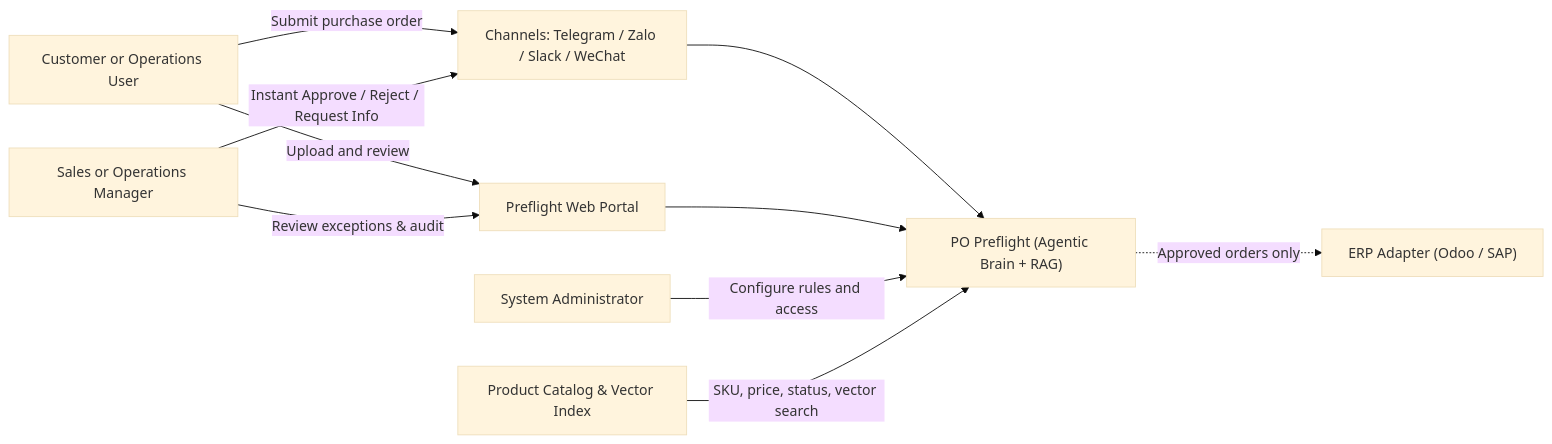
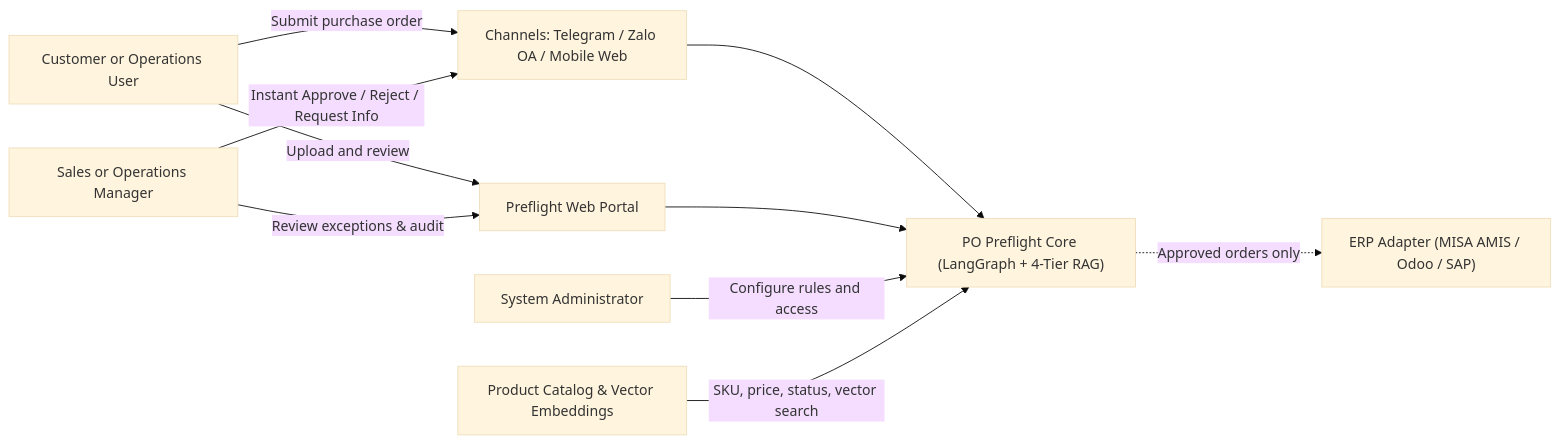
The first of 5 diagrams in docs/architecture.md (brianhuynh2021/po-preflight), drawn with Mermaid (base theme) before and after one commit. The commit also changed other lines of this file and 8 other files, not shown here.

````diff
--- a/docs/architecture.md
+++ b/docs/architecture.md
@@ -7,21 +7,21 @@
 ```mermaid
 flowchart LR
     Customer["Customer or Operations User"]
     Reviewer["Sales or Operations Manager"]
     Admin["System Administrator"]
-    MultiChannels["Channels: Telegram / Zalo / Slack / WeChat"]
+    MultiChannels["Channels: Telegram / Zalo OA / Mobile Web"]
     Web["Preflight Web Portal"]
-    Preflight["PO Preflight (Agentic Brain + RAG)"]
-    Catalog["Product Catalog & Vector Index"]
-    ERP["ERP Adapter (Odoo / SAP)"]
+    Preflight["PO Preflight Core (LangGraph + 4-Tier RAG)"]
+    Catalog["Product Catalog & Vector Embeddings"]
+    ERP["ERP Adapter (MISA AMIS / Odoo / SAP)"]
 
     Customer -->|Submit purchase order| MultiChannels
     Customer -->|Upload and review| Web
     Reviewer -->|Instant Approve / Reject / Request Info| MultiChannels
     Reviewer -->|Review exceptions & audit| Web
     MultiChannels --> Preflight
     Web --> Preflight
     Admin -->|Configure rules and access| Preflight
     Catalog -->|SKU, price, status, vector search| Preflight
     Preflight -.->|Approved orders only| ERP
 ```
````
